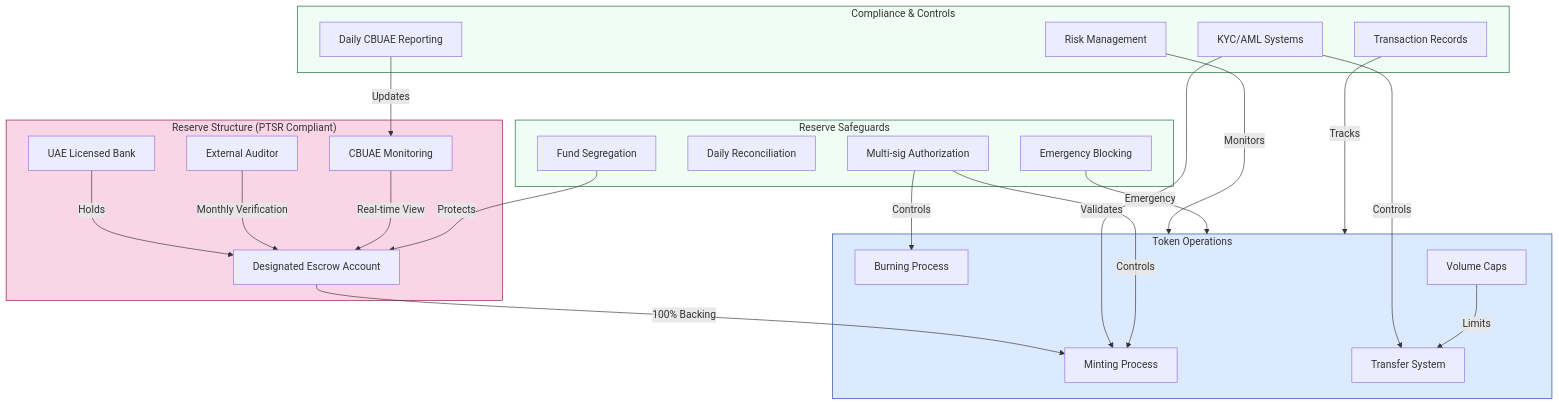
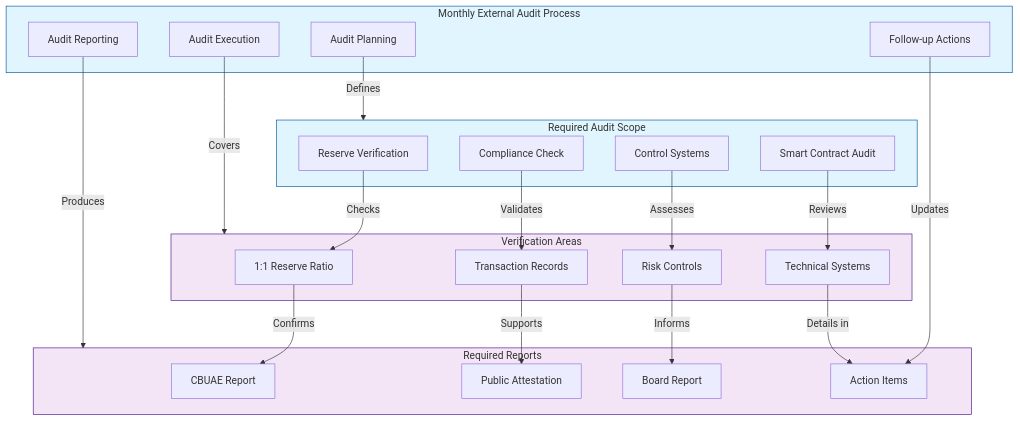
The second of 5 diagrams in stablecoin.md (scionx-io/documentation), drawn with Mermaid before and after one commit.

````diff
--- a/stablecoin.md
+++ b/stablecoin.md
@@ -46,55 +46,50 @@
 ```mermaid
 graph TB
-    subgraph ReserveStructure["Reserve Structure (PTSR Compliant)"]
-        Escrow["Designated Escrow Account"]
-        Bank["UAE Licensed Bank"]
-        Audit["External Auditor"]
-        Monitor["CBUAE Monitoring"]
+    subgraph AuditProcess["Monthly External Audit Process"]
+        Plan["Audit Planning"]
+        Execute["Audit Execution"]
+        Report["Audit Reporting"]
+        Follow["Follow-up Actions"]
     end
 
-    subgraph Operations["Token Operations"]
-        Mint["Minting Process"]
-        Burn["Burning Process"]
-        Transfer["Transfer System"]
-        Cap["Volume Caps"]
+    subgraph AuditScope["Required Audit Scope"]
+        Reserve["Reserve Verification"]
+        Smart["Smart Contract Audit"]
+        Control["Control Systems"]
+        Comply["Compliance Check"]
     end
 
-    subgraph Compliance["Compliance & Controls"]
-        KYC["KYC/AML Systems"]
-        Report["Daily CBUAE Reporting"]
-        Risk["Risk Management"]
-        Records["Transaction Records"]
+    subgraph Verification["Verification Areas"]
+        Balance["1:1 Reserve Ratio"]
+        Trans["Transaction Records"]
+        Risk["Risk Controls"]
+        Tech["Technical Systems"]
     end
 
-    subgraph Safeguards["Reserve Safeguards"]
-        Seg["Fund Segregation"]
-        Rec["Daily Reconciliation"]
-        Auth["Multi-sig Authorization"]
-        Block["Emergency Blocking"]
+    subgraph Reports["Required Reports"]
+        CBUAE["CBUAE Report"]
+        Public["Public Attestation"]
+        Board["Board Report"]
+        Action["Action Items"]
     end
 
-    Escrow -->|100% Backing| Mint
-    Bank -->|Holds| Escrow
-    Audit -->|Monthly Verification| Escrow
-    Monitor -->|Real-time View| Escrow
+    Plan -->|Defines| AuditScope
+    Execute -->|Covers| Verification
+    Report -->|Produces| Reports
+    Follow -->|Updates| Action
 
-    KYC -->|Validates| Mint
-    KYC -->|Controls| Transfer
-    Cap -->|Limits| Transfer
-    Risk -->|Monitors| Operations
+    Reserve -->|Checks| Balance
+    Smart -->|Reviews| Tech
+    Control -->|Assesses| Risk
+    Comply -->|Validates| Trans
 
-    Seg -->|Protects| Escrow
-    Auth -->|Controls| Mint
-    Auth -->|Controls| Burn
-    Block -->|Emergency| Operations
+    Balance -->|Confirms| CBUAE
+    Risk -->|Informs| Board
+    Tech -->|Details in| Action
+    Trans -->|Supports| Public
 
-    Report -->|Updates| Monitor
-    Records -->|Tracks| Operations
-
-    classDef critical fill:#f9d5e5,stroke:#881337
-    classDef main fill:#dbeafe,stroke:#1e40af
-    classDef control fill:#f0fdf4,stroke:#166534
-    class ReserveStructure critical
-    class Operations main
-    class Compliance,Safeguards control
+    classDef primary fill:#e1f5fe,stroke:#01579b
+    classDef secondary fill:#f3e5f5,stroke:#4a148c
+    class AuditProcess,AuditScope primary
+    class Verification,Reports secondary
 ```
````
